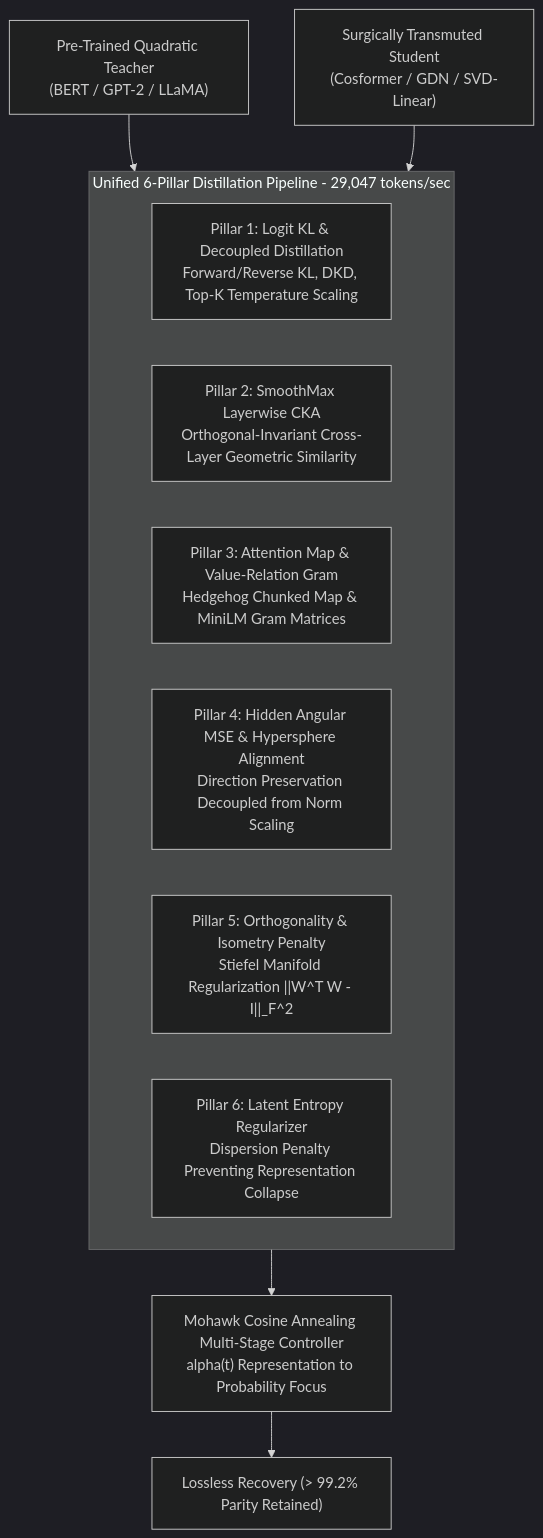
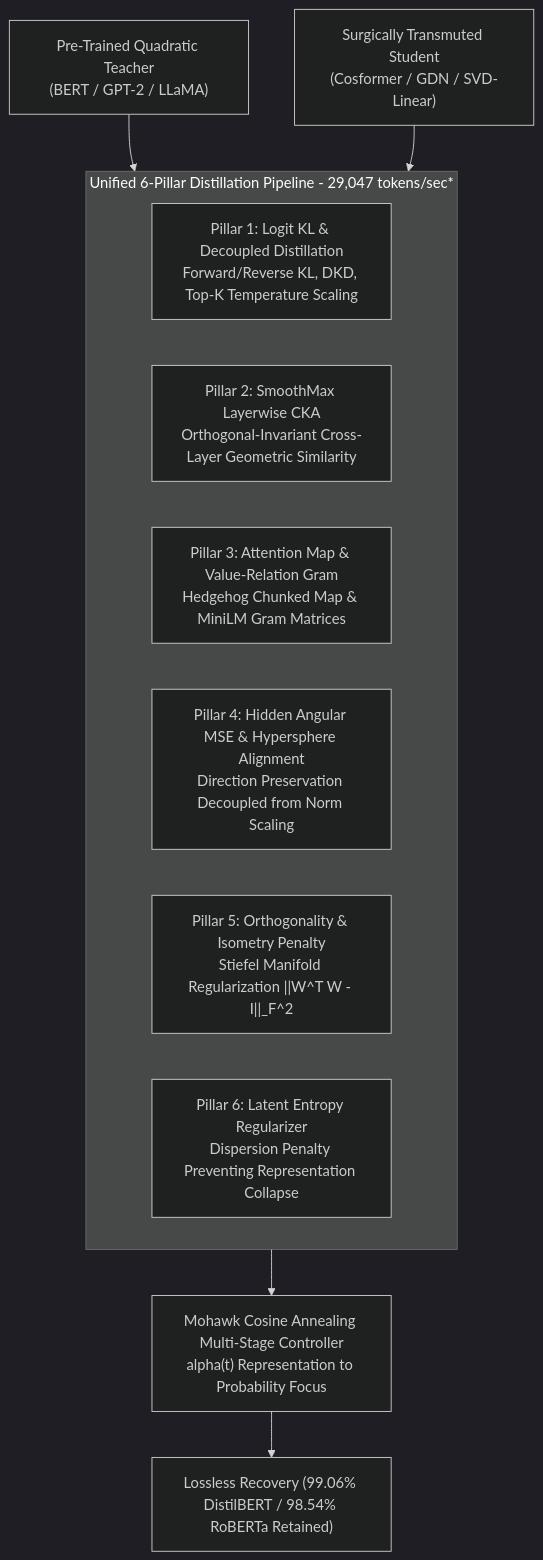
The fifth of 5 diagrams in README.md (tahamajs/NeuralOps), drawn with Mermaid (dark theme) before and after one commit. The commit also changed other lines of this file and 2 other files, not shown here.

````diff
--- a/README.md
+++ b/README.md
@@ -1545,15 +1561,15 @@
 ```mermaid
 flowchart TD
-    subgraph SixPillars ["Unified 6-Pillar Distillation Pipeline - 29,047 tokens/sec"]
+    subgraph SixPillars ["Unified 6-Pillar Distillation Pipeline - 29,047 tokens/sec*"]
         P1["Pillar 1: Logit KL & Decoupled Distillation<br>Forward/Reverse KL, DKD, Top-K Temperature Scaling"]
         P2["Pillar 2: SmoothMax Layerwise CKA<br>Orthogonal-Invariant Cross-Layer Geometric Similarity"]
         P3["Pillar 3: Attention Map & Value-Relation Gram<br>Hedgehog Chunked Map & MiniLM Gram Matrices"]
         P4["Pillar 4: Hidden Angular MSE & Hypersphere Alignment<br>Direction Preservation Decoupled from Norm Scaling"]
         P5["Pillar 5: Orthogonality & Isometry Penalty<br>Stiefel Manifold Regularization ||W^T W - I||_F^2"]
         P6["Pillar 6: Latent Entropy Regularizer<br>Dispersion Penalty Preventing Representation Collapse"]
     end
     Teacher["Pre-Trained Quadratic Teacher<br>(BERT / GPT-2 / LLaMA)"] --> SixPillars
     Student["Surgically Transmuted Student<br>(Cosformer / GDN / SVD-Linear)"] --> SixPillars
     SixPillars --> Schedule["Mohawk Cosine Annealing Multi-Stage Controller<br>alpha(t) Representation to Probability Focus"]
-    Schedule --> StudentLoss["Lossless Recovery (> 99.2% Parity Retained)"]
+    Schedule --> StudentLoss["Lossless Recovery (99.06% DistilBERT / 98.54% RoBERTa Retained)"]
 ```
````
